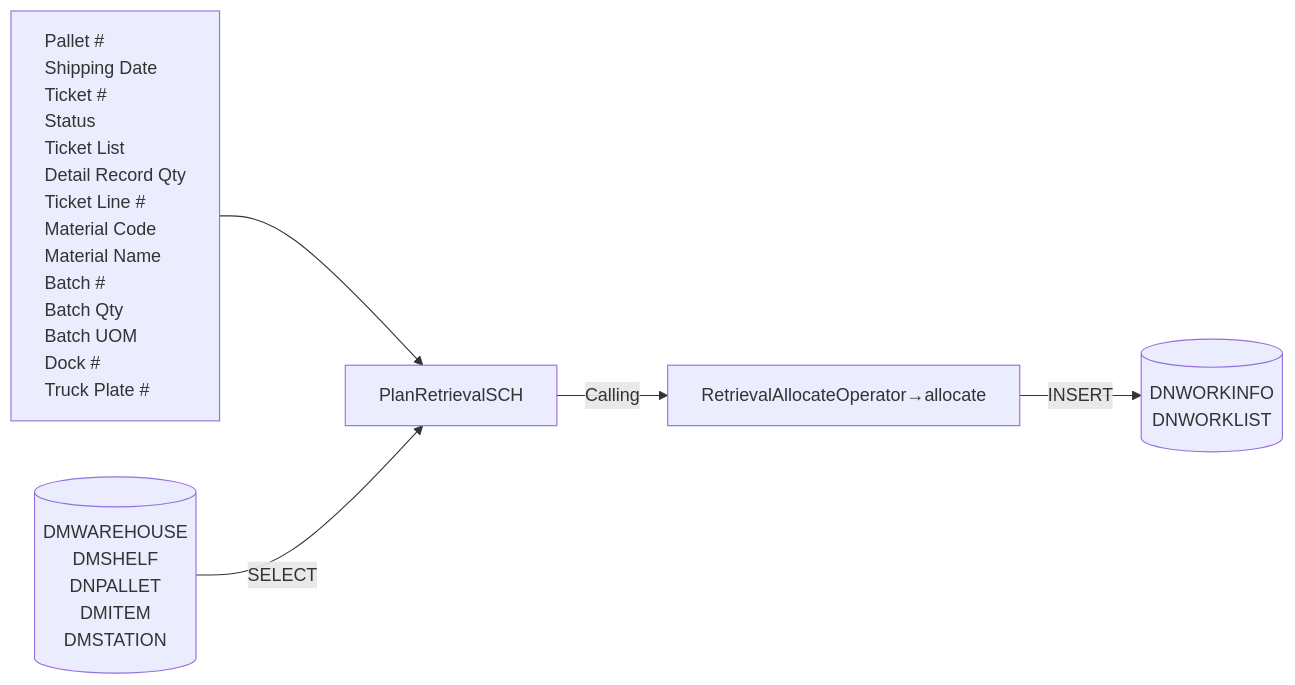
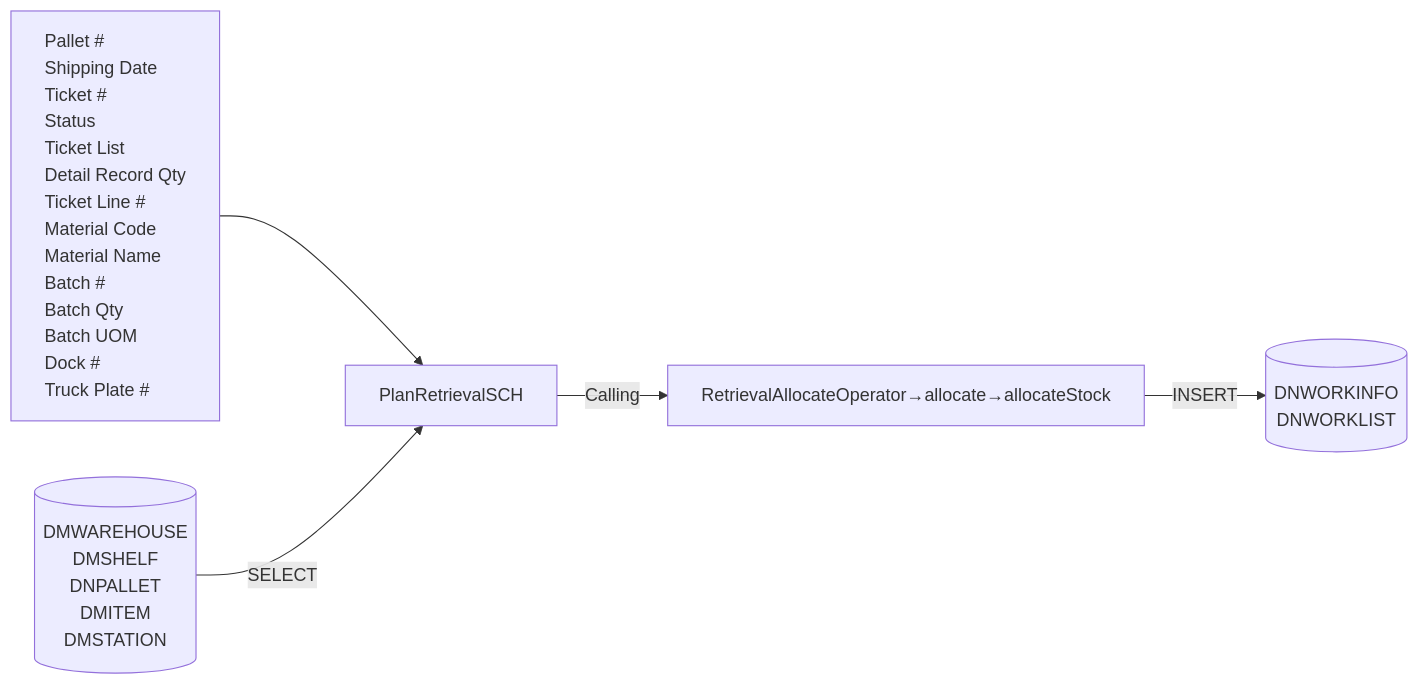
One commit to luthfiadityaa/SimeDarby-Wiki changed the third of 11 diagrams in Basic-Design/DFD-WMS/Retrieval/Planned-Retrieval-to-HP-Area.md. Above: the diagram before and after it, drawn with Mermaid.

Commit message:
Updated Planned Retrieval to HP Area

```diff
--- a/Basic-Design/DFD-WMS/Retrieval/Planned-Retrieval-to-HP-Area.md
+++ b/Basic-Design/DFD-WMS/Retrieval/Planned-Retrieval-to-HP-Area.md
@@ -116,40 +116,40 @@
 ::: mermaid
 flowchart LR
     input[
         Pallet #
         Shipping Date
         Ticket #
         Status
         Ticket List
         Detail Record Qty
         Ticket Line #
         Material Code
         Material Name
         Batch #
         Batch Qty
         Batch UOM
         Dock #
         Truck Plate #    
     ]
 
     tableList-insert[("
         DNWORKINFO
         DNWORKLIST
     ")]
 
      tableList-select[("
         DMWAREHOUSE
         DMSHELF
         DNPALLET
         DMITEM
         DMSTATION
     ")]
 
     className[PlanRetrievalSCH]
-    className--> |Calling| methodName[RetrievalAllocateOperator→allocate] --> |INSERT| tableList-insert
+    className--> |Calling| methodName[RetrievalAllocateOperator→allocate→allocateStock] --> |INSERT| tableList-insert
     input --> className
     tableList-select --> |SELECT| className
 
     classDef leftAlign text-align:left;
     class input leftAlign;
 :::
```
